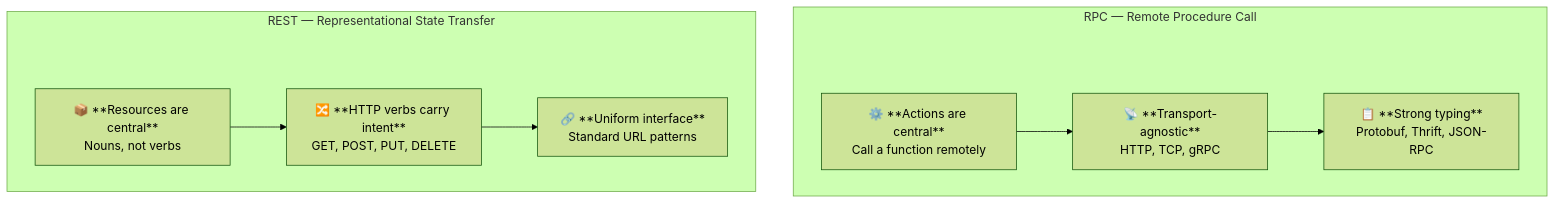
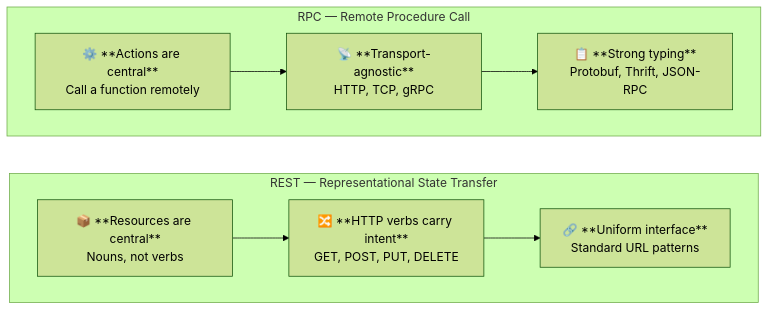
The first of 7 diagrams in internal/fundamentals/api-fundamentals/01-rest-vs-rpc.md (romangurevitch/GoTraining), drawn with Mermaid (forest theme) before and after one commit. The commit also changed other lines of this file and 20 other files, not shown here.

````diff
--- a/internal/fundamentals/api-fundamentals/01-rest-vs-rpc.md
+++ b/internal/fundamentals/api-fundamentals/01-rest-vs-rpc.md
@@ -7,21 +7,20 @@
 ```mermaid
-graph TB
+graph TD
     subgraph RPC["RPC — Remote Procedure Call"]
-        SPACE1["  "]
+        direction LR
         P1["⚙️ **Actions are central**<br/>Call a function remotely"]
         P2["📡 **Transport-agnostic**<br/>HTTP, TCP, gRPC"]
         P3["📋 **Strong typing**<br/>Protobuf, Thrift, JSON-RPC"]
         P1 --> P2 --> P3
     end
 
-    subgraph REST["REST — Representational State Transfer"]
-        SPACE2["  "]
+    RPC ~~~ REST_sub
+
+    subgraph REST_sub["REST — Representational State Transfer"]
+        direction LR
         R1["📦 **Resources are central**<br/>Nouns, not verbs"]
         R2["🔀 **HTTP verbs carry intent**<br/>GET, POST, PUT, DELETE"]
         R3["🔗 **Uniform interface**<br/>Standard URL patterns"]
         R1 --> R2 --> R3
     end
-
-    style SPACE1 fill:none,stroke:none
-    style SPACE2 fill:none,stroke:none
 ```
````
